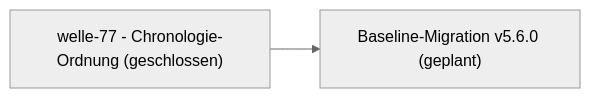
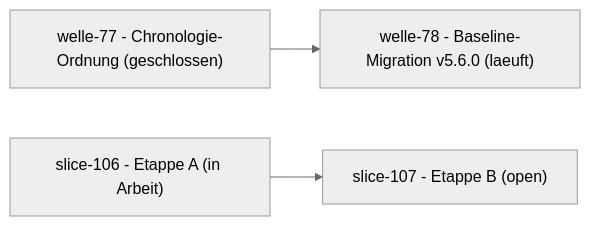
One commit to pt9912/d-check changed the diagram in docs/plan/planning/in-progress/roadmap.md. Above: the diagram before and after it, drawn with Mermaid (neutral theme). The commit also changed other lines of this file and 3 other files, not shown here.

First line of the commit message:
docs(plan): welle-78 eroeffnet, slice-106 in Arbeit (slice-106)

````diff
--- a/docs/plan/planning/in-progress/roadmap.md
+++ b/docs/plan/planning/in-progress/roadmap.md
@@ -48,6 +52,9 @@
 ```mermaid
 flowchart LR
     W77["welle-77 - Chronologie-Ordnung (geschlossen)"]
-    WB["Baseline-Migration v5.6.0 (geplant)"]
-    W77 --> WB
+    W78["welle-78 - Baseline-Migration v5.6.0 (laeuft)"]
+    S106["slice-106 - Etappe A (in Arbeit)"]
+    S107["slice-107 - Etappe B (open)"]
+    W77 --> W78
+    S106 --> S107
 ```
````
